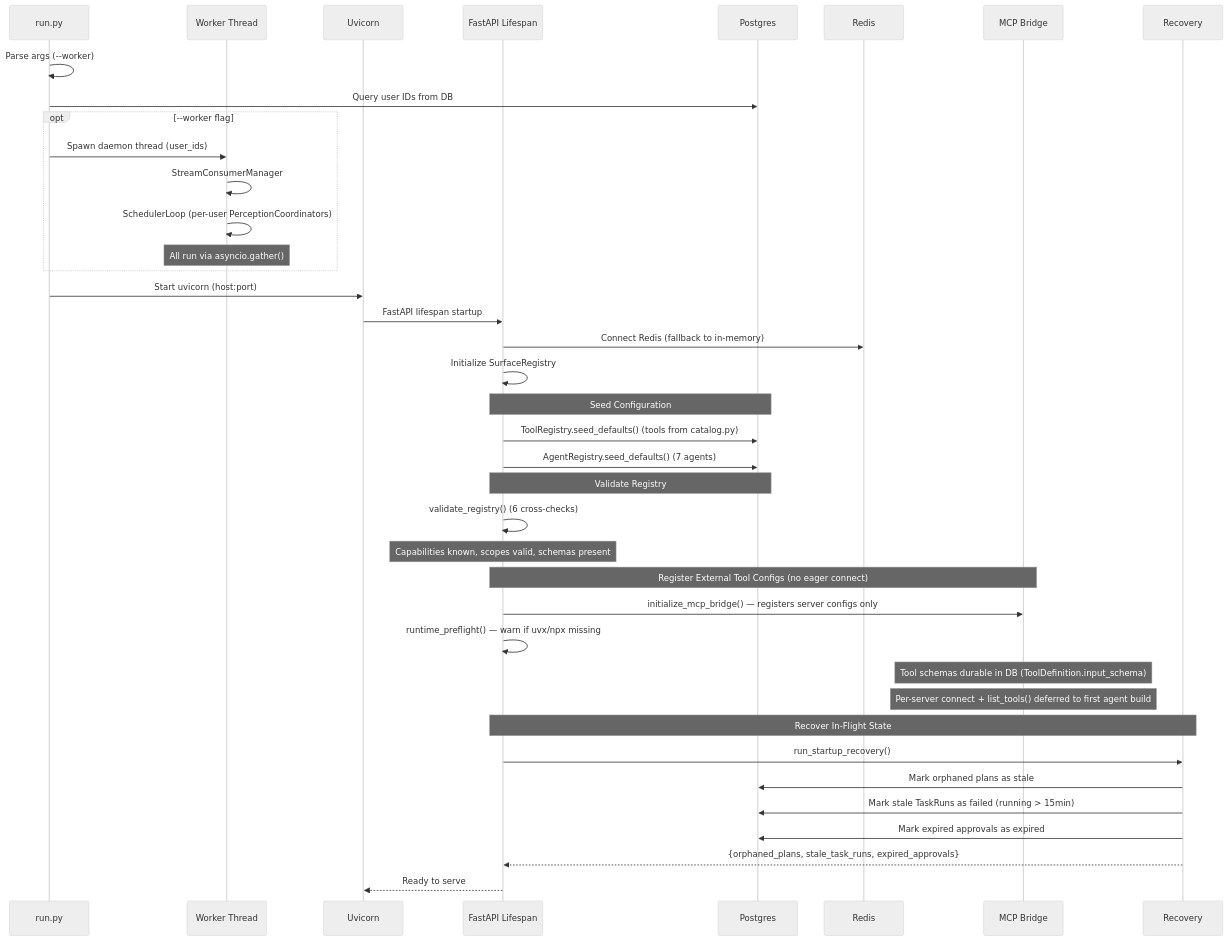
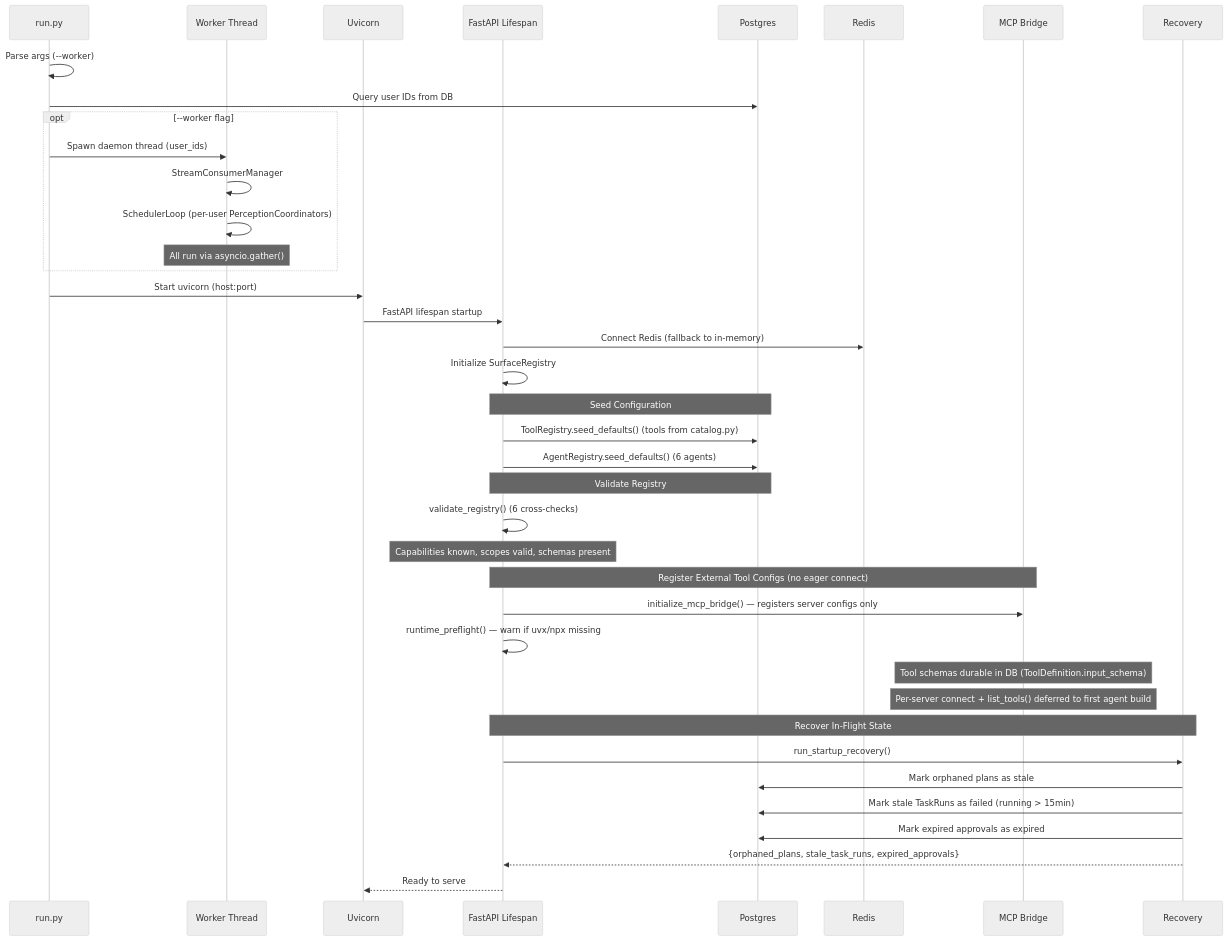
The first of 3 diagrams in docs/architecture/startup.md (shivadharmi/muldro), drawn with Mermaid (neutral theme) before and after one commit. The commit also changed other lines of this file and 14 other files, not shown here.

First line of the commit message:
docs: sync durable architecture docs with post-rebuild code

````diff
--- a/docs/architecture/startup.md
+++ b/docs/architecture/startup.md
@@ -5,50 +5,50 @@
 ```mermaid
 sequenceDiagram
     participant R as run.py
     participant W as Worker Thread
     participant UV as Uvicorn
     participant APP as FastAPI Lifespan
     participant DB as Postgres
     participant RD as Redis
     participant MCP as MCP Bridge
     participant REC as Recovery
 
     R->>R: Parse args (--worker)
     R->>DB: Query user IDs from DB
 
     opt --worker flag
         R->>W: Spawn daemon thread (user_ids)
         W->>W: StreamConsumerManager
         W->>W: SchedulerLoop (per-user PerceptionCoordinators)
         Note over W: All run via asyncio.gather()
     end
 
     R->>UV: Start uvicorn (host:port)
     UV->>APP: FastAPI lifespan startup
 
     APP->>RD: Connect Redis (fallback to in-memory)
     APP->>APP: Initialize SurfaceRegistry
 
     Note over APP,DB: Seed Configuration
     APP->>DB: ToolRegistry.seed_defaults() (tools from catalog.py)
-    APP->>DB: AgentRegistry.seed_defaults() (7 agents)
+    APP->>DB: AgentRegistry.seed_defaults() (6 agents)
 
     Note over APP,DB: Validate Registry
     APP->>APP: validate_registry() (6 cross-checks)
     Note over APP: Capabilities known, scopes valid, schemas present
 
     Note over APP,MCP: Register External Tool Configs (no eager connect)
     APP->>MCP: initialize_mcp_bridge() — registers server configs only
     APP->>APP: runtime_preflight() — warn if uvx/npx missing
     Note over MCP: Tool schemas durable in DB (ToolDefinition.input_schema)
     Note over MCP: Per-server connect + list_tools() deferred to first agent build
 
     Note over APP,REC: Recover In-Flight State
     APP->>REC: run_startup_recovery()
     REC->>DB: Mark orphaned plans as stale
     REC->>DB: Mark stale TaskRuns as failed (running > 15min)
     REC->>DB: Mark expired approvals as expired
     REC-->>APP: {orphaned_plans, stale_task_runs, expired_approvals}
 
     APP-->>UV: Ready to serve
 ```
````
